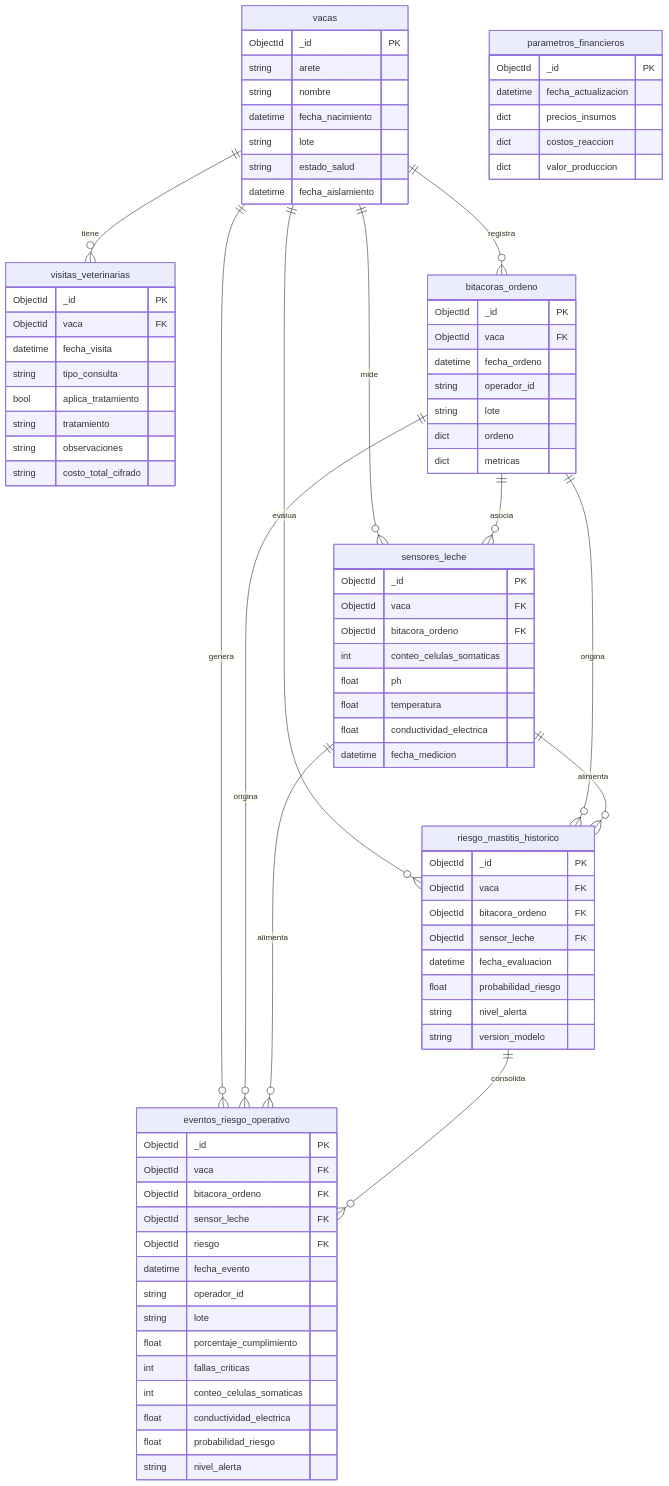
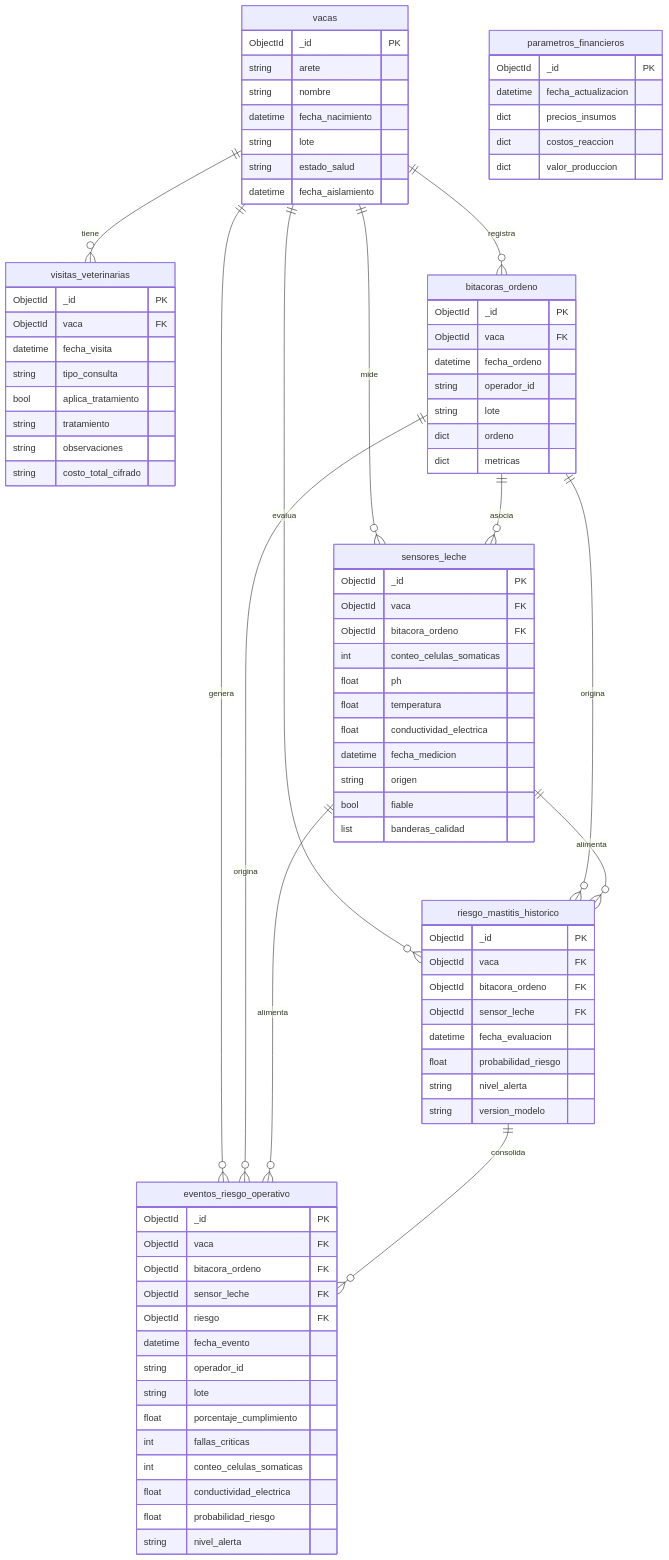
One commit to Isa-alt2000/PP-2026-01-Mastitrack changed the second of 2 diagrams in docs/databases.md. Above: the diagram before and after it, drawn with Mermaid. The commit also changed other lines of this file and 4 other files, not shown here.

```diff
--- a/docs/databases.md
+++ b/docs/databases.md
@@ -111,6 +111,9 @@
         float temperatura
         float conductividad_electrica
         datetime fecha_medicion
+        string origen
+        bool fiable
+        list banderas_calidad
     }
 
     riesgo_mastitis_historico {
```
